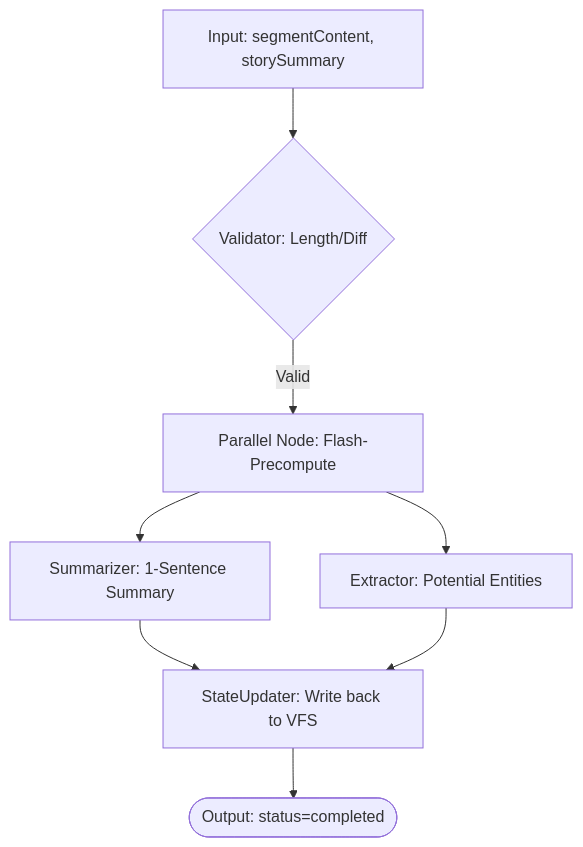
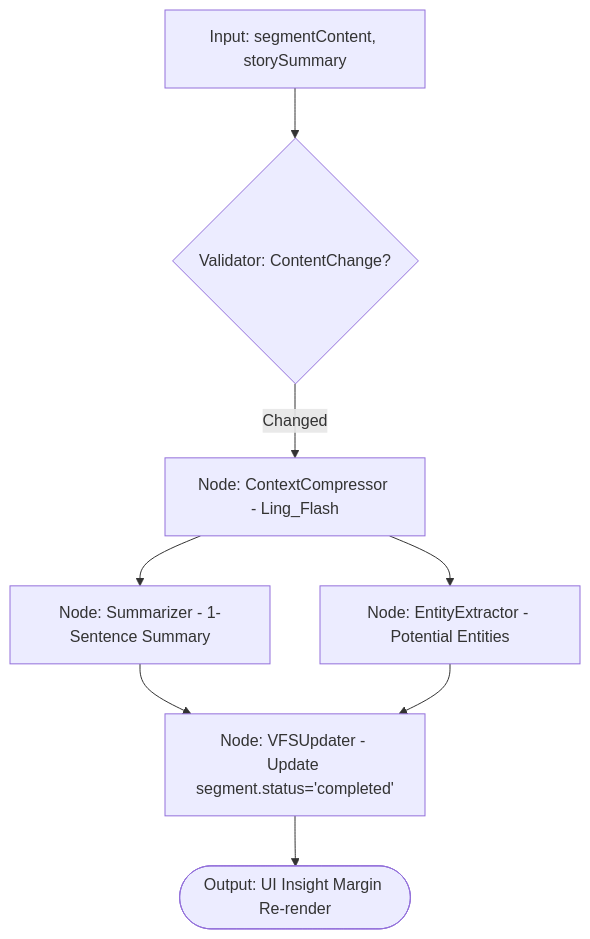
One commit to cafe3310/ling-open-studio changed the first of 4 diagrams in docs/2026-02-22-22-12-设计-ModelWrite智能体架构与Graph流程全量梳理.md. Above: the diagram before and after it, drawn with Mermaid. The commit also changed other lines of this file and 2 other files, not shown here.

````diff
--- a/docs/2026-02-22-22-12-设计-ModelWrite智能体架构与Graph流程全量梳理.md
+++ b/docs/2026-02-22-22-12-设计-ModelWrite智能体架构与Graph流程全量梳理.md
@@ -19,9 +21,9 @@
 ```mermaid
 graph TD
-    A[Input: segmentContent, storySummary] --> B{Validator: Length/Diff}
-    B -- Valid --> C[Parallel Node: Flash-Precompute]
-    C --> D1[Summarizer: 1-Sentence Summary]
-    C --> D2[Extractor: Potential Entities]
-    D1 & D2 --> E[StateUpdater: Write back to VFS]
-    E --> F([Output: status=completed])
+    A[Input: segmentContent, storySummary] --> B{Validator: ContentChange?}
+    B -- Changed --> C[Node: ContextCompressor - Ling_Flash]
+    C --> D1[Node: Summarizer - 1-Sentence Summary]
+    C --> D2[Node: EntityExtractor - Potential Entities]
+    D1 & D2 --> E[Node: VFSUpdater - Update segment.status='completed']
+    E --> F([Output: UI Insight Margin Re-render])
 ```
````
